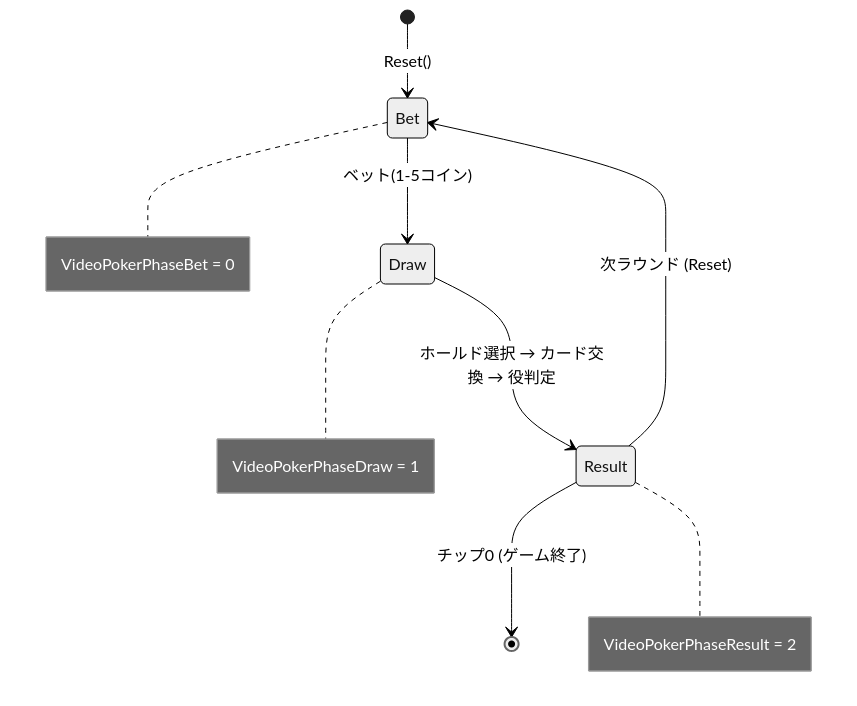
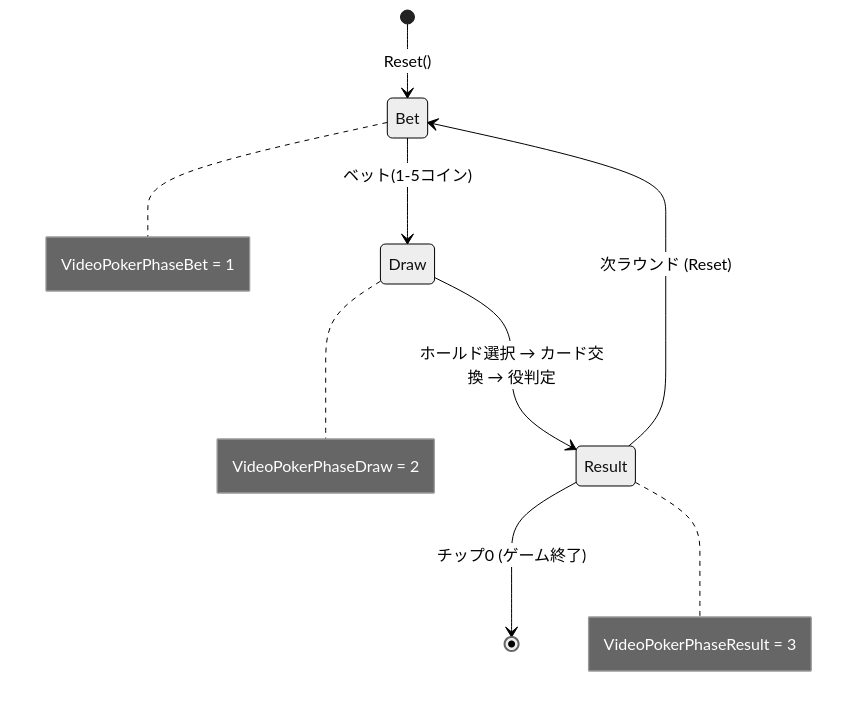
Before and after one commit to yuta-yoshinaga/go_trumpcards: diagram 29 of 32 in docs/design/backend.md, drawn with Mermaid (neutral theme). The commit also changed 1 other file, not shown here.

Commit message:
docs: fix UML diagram drift for VideoPoker phases and NapoleonPhase names
Closes #887

````diff
--- a/docs/design/backend.md
+++ b/docs/design/backend.md
@@ -1200,12 +1200,12 @@
 ```mermaid
 stateDiagram-v2
     [*] --> Bet : Reset()
     Bet --> Draw : ベット(1-5コイン)
     Draw --> Result : ホールド選択 → カード交換 → 役判定
     Result --> Bet : 次ラウンド (Reset)
     Result --> [*] : チップ0 (ゲーム終了)
 
-    note right of Bet : VideoPokerPhaseBet = 0
-    note right of Draw : VideoPokerPhaseDraw = 1
-    note right of Result : VideoPokerPhaseResult = 2
+    note right of Bet : VideoPokerPhaseBet = 1
+    note right of Draw : VideoPokerPhaseDraw = 2
+    note right of Result : VideoPokerPhaseResult = 3
 ```
````
